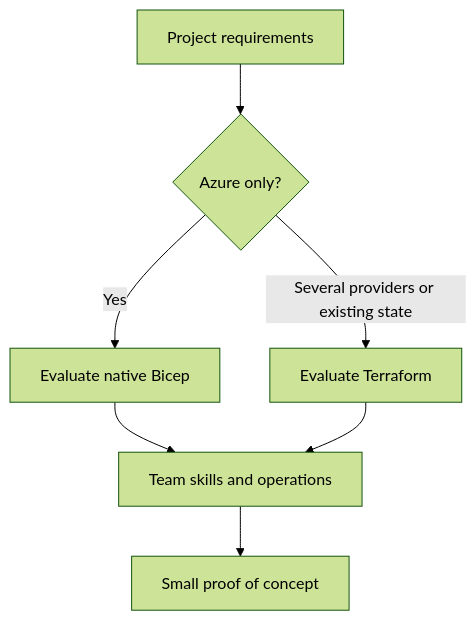
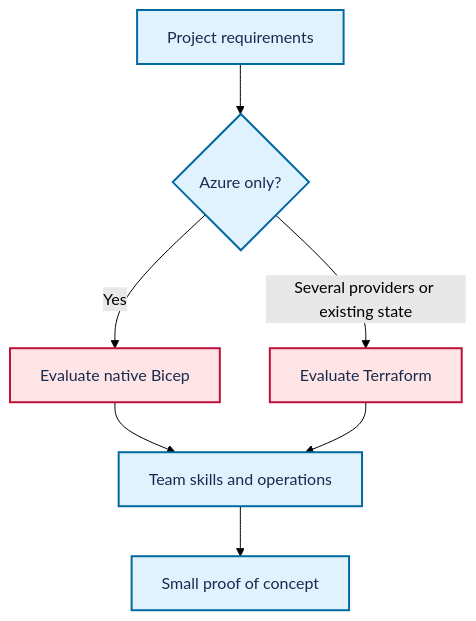
One commit to Acestus/portfolio changed the diagram in site/content/docs/video-terraform-or-bicep.md. Above: the diagram before and after it, drawn with Mermaid (forest theme). The commit also changed 20 other files, not shown here.

Commit message:
Apply Mermaid and Pele style to video guides (#58)

````diff
--- a/site/content/docs/video-terraform-or-bicep.md
+++ b/site/content/docs/video-terraform-or-bicep.md
@@ -27,9 +27,15 @@
 ```mermaid
 flowchart TD
+  accTitle: Terraform or Bicep: choosing the right tool for an Azure project
   R[Project requirements] --> A{Azure only?}
   A -->|Yes| B[Evaluate native Bicep]
   A -->|Several providers or existing state| T[Evaluate Terraform]
   B --> C[Team skills and operations]
   T --> C
   C --> D[Small proof of concept]
+
+  classDef primary fill:#E0F2FE,stroke:#0369A1,color:#172B4D,stroke-width:2px
+  classDef secondary fill:#FFE4E6,stroke:#BE123C,color:#172B4D,stroke-width:2px
+  class R,A,C,D primary
+  class B,T secondary
 ```
````
